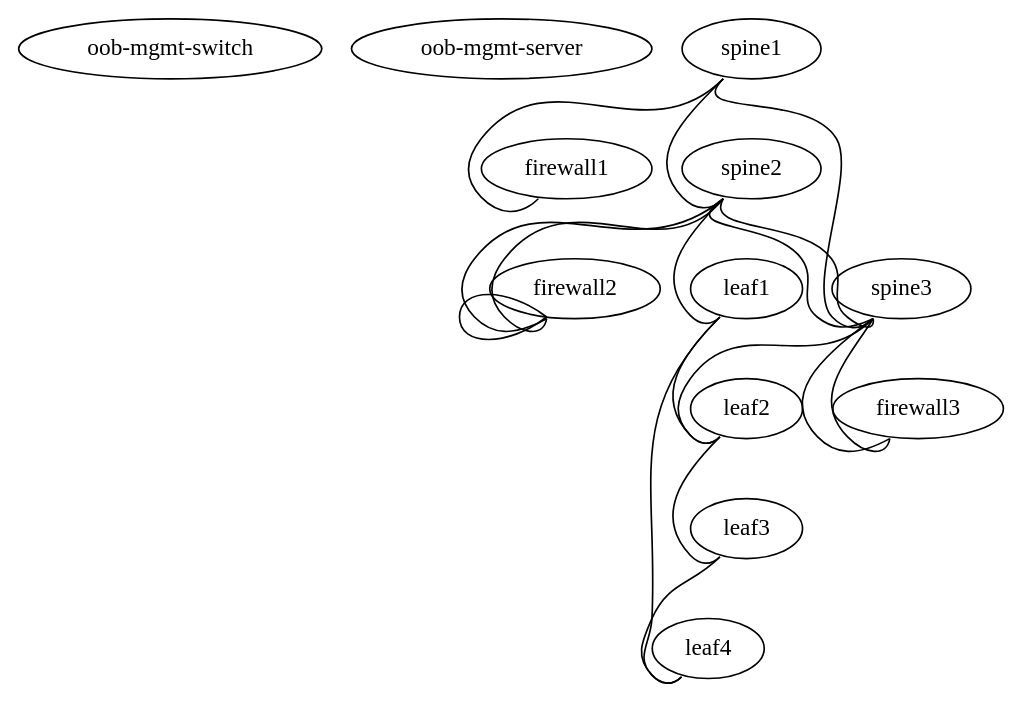
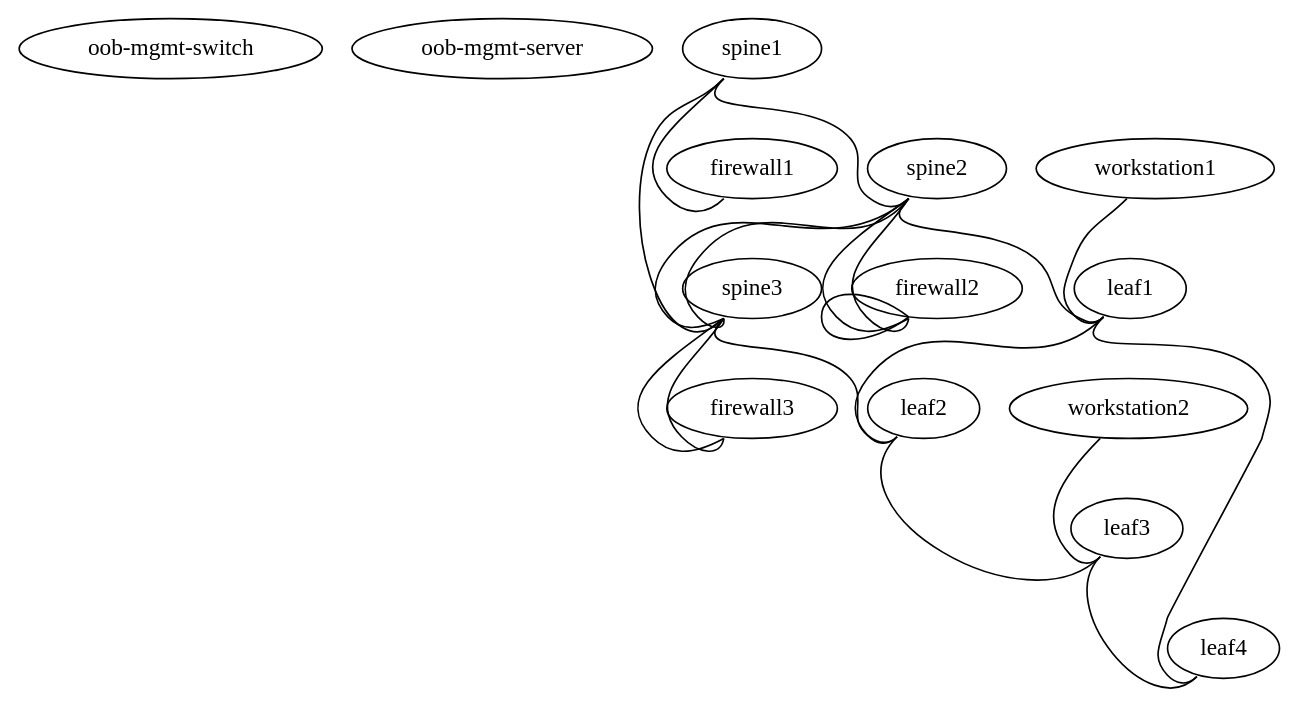
Before and after one commit to naturalis/oss-network-demo: the diagram in demo.dot, drawn with Graphviz.

Commit message:
Add workstations

```diff
--- a/demo.dot
+++ b/demo.dot
@@ -1,39 +1,45 @@
 graph demo {
  "oob-mgmt-switch" [function="oob-switch" config="./helper_scripts/oob_switch_config.sh" mgmt_ip="192.168.200.100"]
  "oob-mgmt-server" [function="oob-server" mgmt_ip="192.168.200.254/24"]
 
  "firewall1" [function="fake"]
  "firewall2" [function="fake"]
  "firewall3" [function="fake"]
+ "workstation1" [function="fake"]
+ "workstation2" [function="fake"]
 
  "spine1" [function="spine" config="./helper_scripts/extra_switch_config.sh" mgmt_ip="192.168.200.1"]
  "spine2" [function="spine" config="./helper_scripts/extra_switch_config.sh" mgmt_ip="192.168.200.2"]
  "spine3" [function="spine" config="./helper_scripts/extra_switch_config.sh" mgmt_ip="192.168.200.3"]
   
  "leaf1" [function="leaf" config="./helper_scripts/extra_switch_config.sh" mgmt_ip="192.168.200.10"]
  "leaf2" [function="leaf" config="./helper_scripts/extra_switch_config.sh" mgmt_ip="192.168.200.20"]
  "leaf3" [function="leaf" config="./helper_scripts/extra_switch_config.sh" mgmt_ip="192.168.200.30"]
  "leaf4" [function="leaf" config="./helper_scripts/extra_switch_config.sh" mgmt_ip="192.168.200.40"]
 
    "spine1":"swp47" -- "firewall1":"swp1"
    "spine1":"swp1" -- "spine2":"swp47"
    "spine1":"swp2" -- "spine3":"swp47"
    
    "spine2":"swp45" -- "firewall2":"swp0"
    "spine2":"swp46" -- "firewall2":"swp1"
    "spine3":"swp45" -- "firewall3":"swp0"
    "spine3":"swp46" -- "firewall3":"swp1"
    
    "firewall2":"swp2" -- "firewall2":"swp3"
 
    "spine2":"swp49" -- "spine3":"swp49"
    "spine2":"swp50" -- "spine3":"swp50"
 
    "spine2":"swp1" -- "leaf1":"swp52"
    "spine3":"swp1" -- "leaf2":"swp52"
 
    "leaf1":"swp50" -- "leaf2":"swp50"
    "leaf3":"swp50" -- "leaf4":"swp50"
    "leaf1":"swp49" -- "leaf4":"swp52"
    "leaf2":"swp49" -- "leaf3":"swp52"
+   
+   "workstation1":"swp1" -- "leaf1":"swp1"
+   "workstation2":"swp1" -- "leaf3":"swp1"
+   
 }
```
